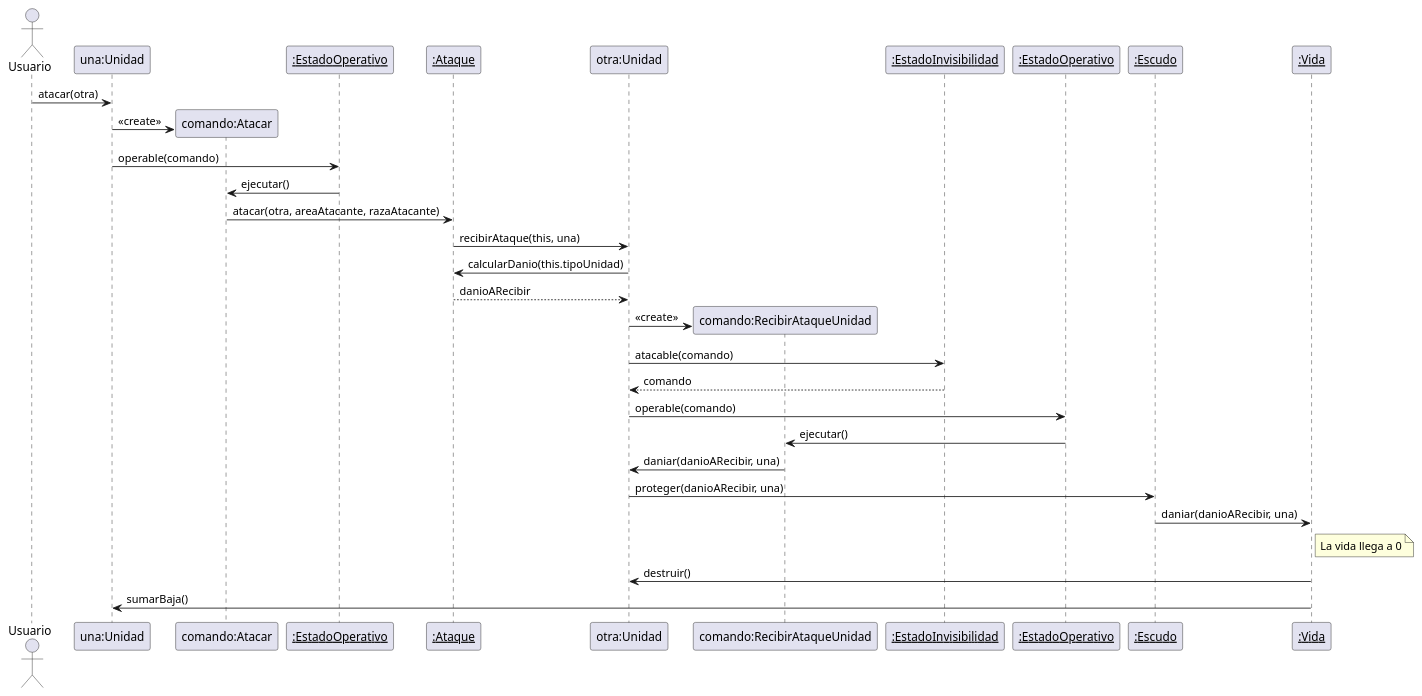
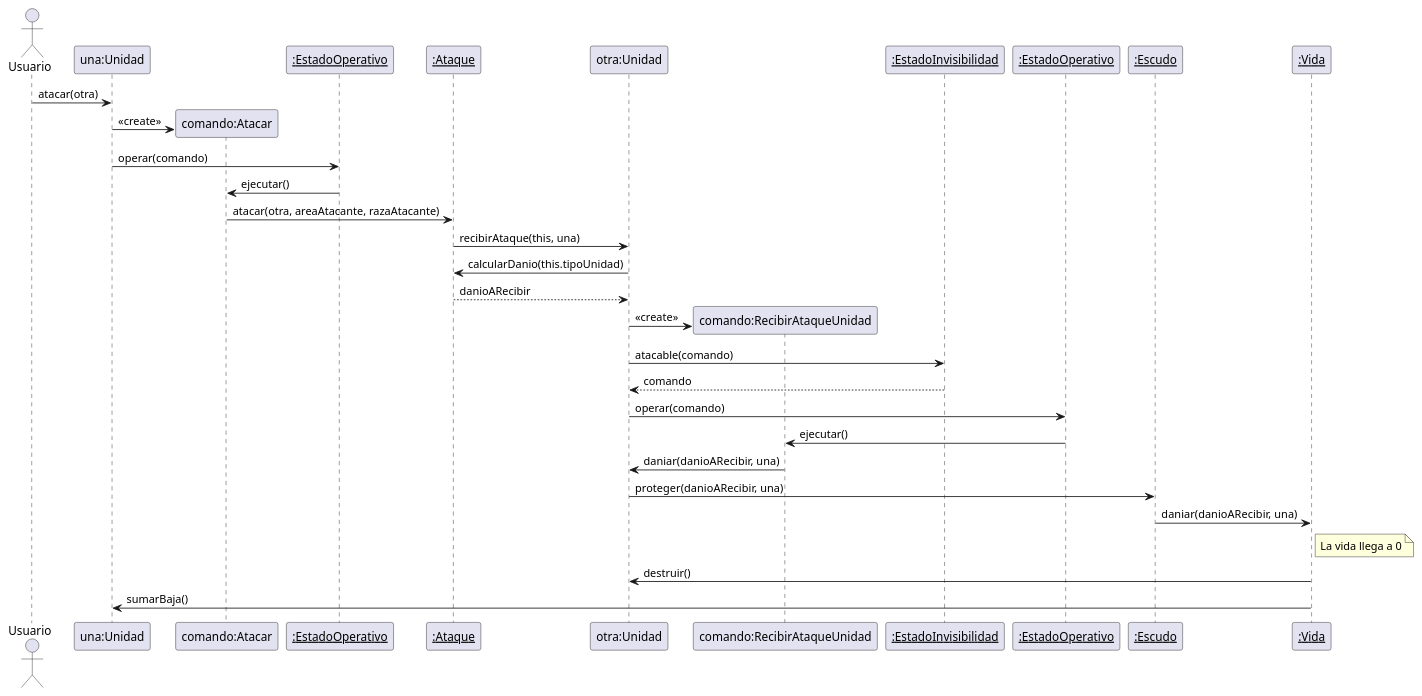
One commit to RDJulian/algo3-tp2-11-202202c changed the diagram in diagrams/sequences/SecuenciaAtaqueYDestruccion.puml. Above: the diagram before and after it, drawn with PlantUML. The commit also changed 9 other files, not shown here.

Commit message:
docs: Diagrama de movimiento e Informe.

```diff
--- a/diagrams/sequences/SecuenciaAtaqueYDestruccion.puml
+++ b/diagrams/sequences/SecuenciaAtaqueYDestruccion.puml
@@ -1,38 +1,38 @@
 @startuml
 'https://plantuml.com/sequence-diagram
 actor Usuario
 participant "una:Unidad" as A
 participant "comando:Atacar" as F
 participant "__:EstadoOperativo__" as G
 participant "__:Ataque__" as C
 participant "otra:Unidad" as B
 participant "comando:RecibirAtaqueUnidad" as H
 participant "__:EstadoInvisibilidad__" as I
 participant "__:EstadoOperativo__" as J
 participant "__:Escudo__" as D
 participant "__:Vida__" as E
 
 
 Usuario -> A : atacar(otra)
 create F
 A -> F : <<create>>
-A ->G : operable(comando)
+A ->G : operar(comando)
 G->F :ejecutar()
 F -> C : atacar(otra, areaAtacante, razaAtacante)
 C -> B : recibirAtaque(this, una)
 B -> C : calcularDanio(this.tipoUnidad)
 return danioARecibir
 create H
 B -> H:<<create>>
 B -> I : atacable(comando)
 return comando
-B-> J : operable(comando)
+B-> J : operar(comando)
 J -> H: ejecutar()
 H -> B : daniar(danioARecibir, una)
 B -> D : proteger(danioARecibir, una)
 D -> E : daniar(danioARecibir, una)
 note right E: La vida llega a 0
 E -> B : destruir()
 E -> A : sumarBaja()
 
 @enduml
```
